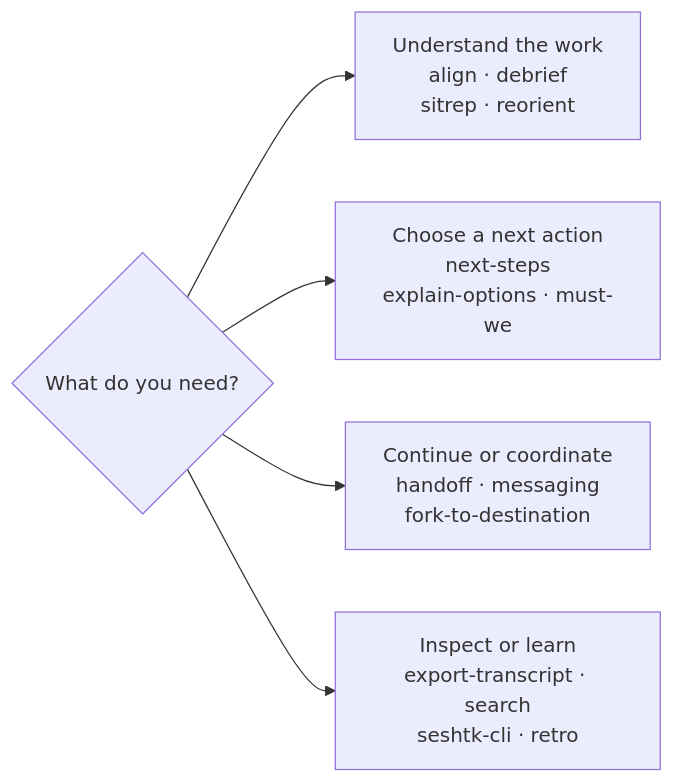
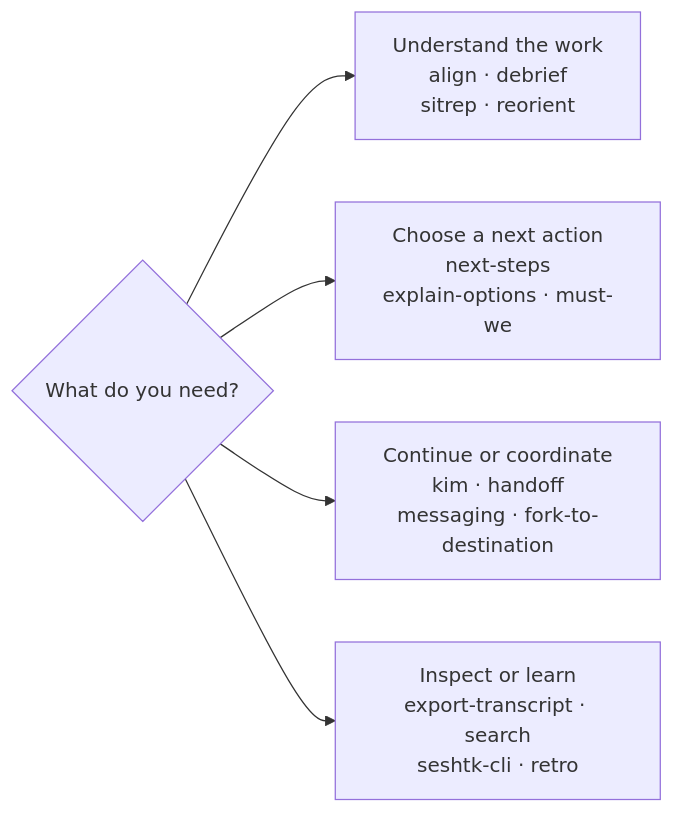
One commit to tkstang/skills changed the diagram in documentation/docs/user-guide/plugins/session/index.md. Above: the diagram before and after it, drawn with Mermaid. The commit also changed other lines of this file and 28 other files, not shown here.

First line of the commit message:
feat(kim): add keep-it-moving session skill (#167)

````diff
--- a/documentation/docs/user-guide/plugins/session/index.md
+++ b/documentation/docs/user-guide/plugins/session/index.md
@@ -15,14 +15,14 @@
 ```mermaid
 flowchart LR
   accTitle: Choose a Session skill by intent
-  accDescr: Four independent choices group Session skills by need. Understand the work with align, debrief, sitrep, or reorient. Choose a next action with next-steps, understand offered choices with explain-options, or evaluate disputed requirements with must-we. Continue or coordinate with handoff, messaging, or fork-to-destination. Inspect or learn with export-transcript, search, seshtk-cli, or retro. The groups are choices, not workflow stages.
+  accDescr: Four independent choices group Session skills by need. Understand the work with align, debrief, sitrep, or reorient. Choose a next action with next-steps, understand offered choices with explain-options, or evaluate disputed requirements with must-we. Continue or coordinate with kim, handoff, messaging, or fork-to-destination. Inspect or learn with export-transcript, search, seshtk-cli, or retro. The groups are choices, not workflow stages.
   Q{"What do you need?"}
   U["Understand the work<br/>align · debrief<br/>sitrep · reorient"]
   N["Choose a next action<br/>next-steps<br/>explain-options · must-we"]
-  C["Continue or coordinate<br/>handoff · messaging<br/>fork-to-destination"]
+  C["Continue or coordinate<br/>kim · handoff<br/>messaging · fork-to-destination"]
   I["Inspect or learn<br/>export-transcript · search<br/>seshtk-cli · retro"]
   Q --> U
   Q --> N
   Q --> C
   Q --> I
 ```
````
